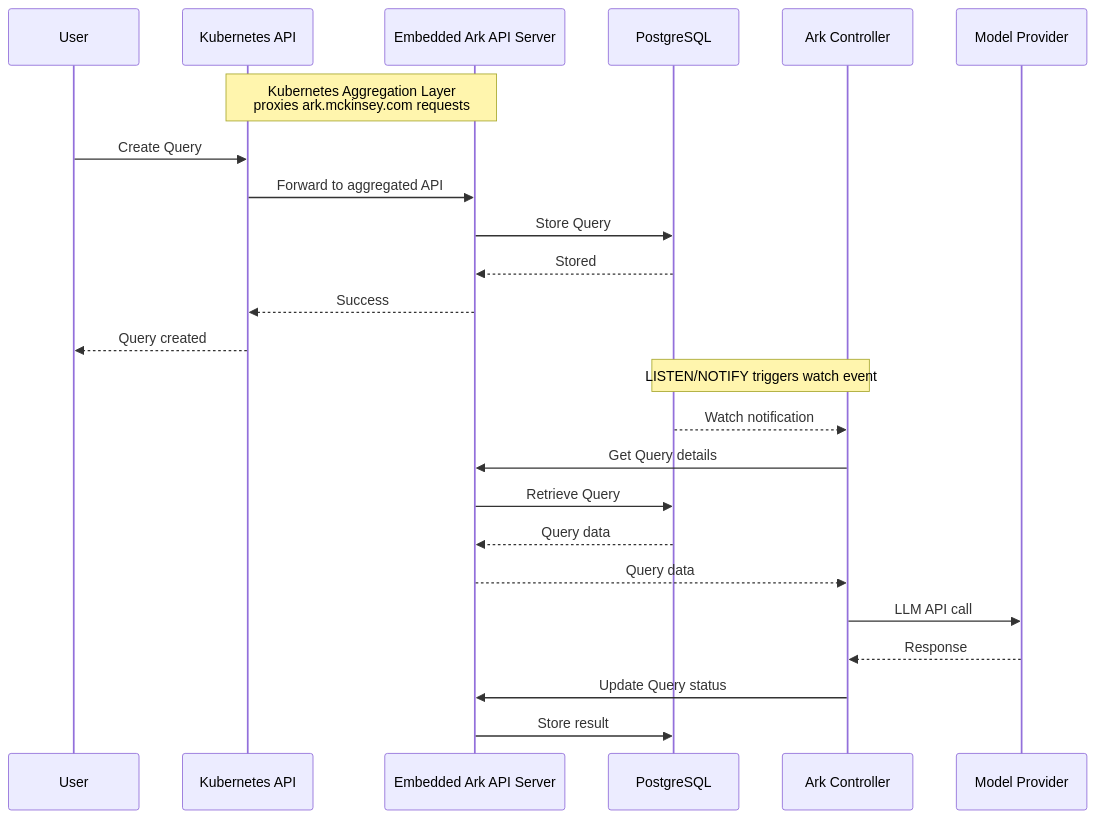
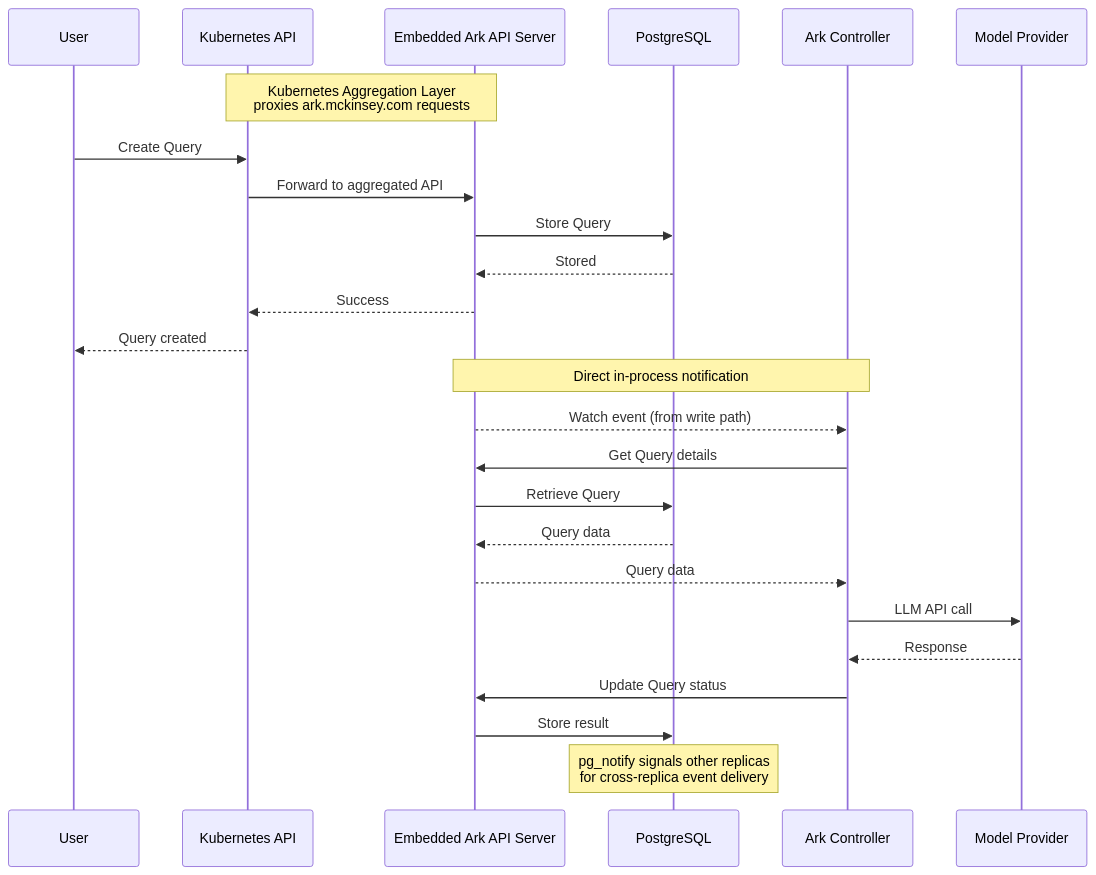
The second of 4 diagrams in docs/content/reference/core-architecture.mdx (mckinsey/agents-at-scale-ark), drawn with Mermaid before and after one commit. The commit also changed other lines of this file, not shown here.

First line of the commit message:
docs: update postgresql architecture with watch pipeline and multi-replica setup

````diff
--- a/docs/content/reference/core-architecture.mdx
+++ b/docs/content/reference/core-architecture.mdx
@@ -78,30 +78,32 @@
 ```mermaid
 sequenceDiagram
     participant User
     participant KubeAPI as Kubernetes API
     participant ArkAPI as Embedded Ark API Server
     participant ArkDB as PostgreSQL
     participant Controller as Ark Controller
     participant Model as Model Provider
 
     Note over KubeAPI,ArkAPI: Kubernetes Aggregation Layer<br/>proxies ark.mckinsey.com requests
 
     User->>KubeAPI: Create Query
     KubeAPI->>ArkAPI: Forward to aggregated API
     ArkAPI->>ArkDB: Store Query
     ArkDB-->>ArkAPI: Stored
     ArkAPI-->>KubeAPI: Success
     KubeAPI-->>User: Query created
 
-    Note over ArkDB,Controller: LISTEN/NOTIFY triggers watch event
+    Note over ArkAPI,Controller: Direct in-process notification
 
-    ArkDB-->>Controller: Watch notification
+    ArkAPI-->>Controller: Watch event (from write path)
     Controller->>ArkAPI: Get Query details
     ArkAPI->>ArkDB: Retrieve Query
     ArkDB-->>ArkAPI: Query data
     ArkAPI-->>Controller: Query data
     Controller->>Model: LLM API call
     Model-->>Controller: Response
     Controller->>ArkAPI: Update Query status
     ArkAPI->>ArkDB: Store result
+
+    Note over ArkDB: pg_notify signals other replicas<br/>for cross-replica event delivery
 ```
````
